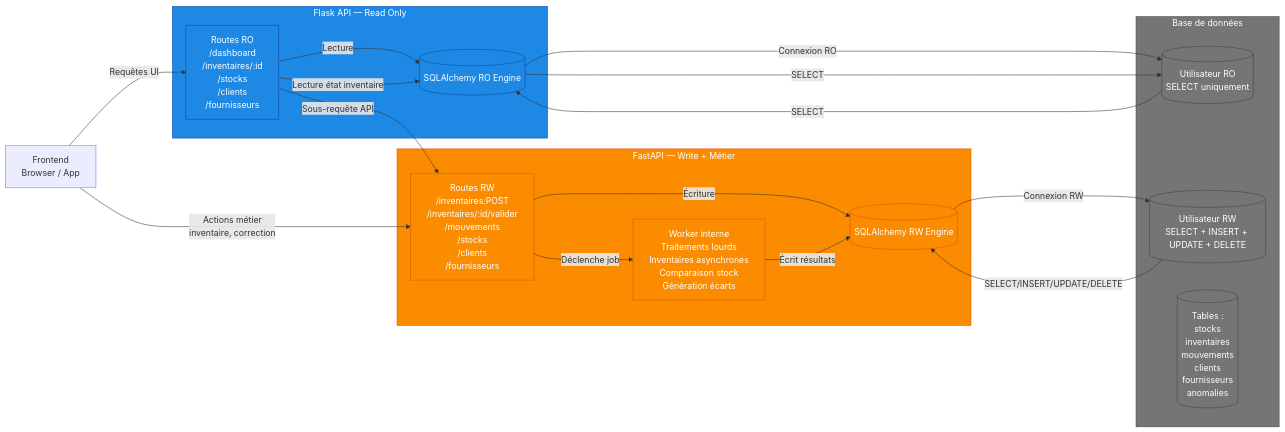
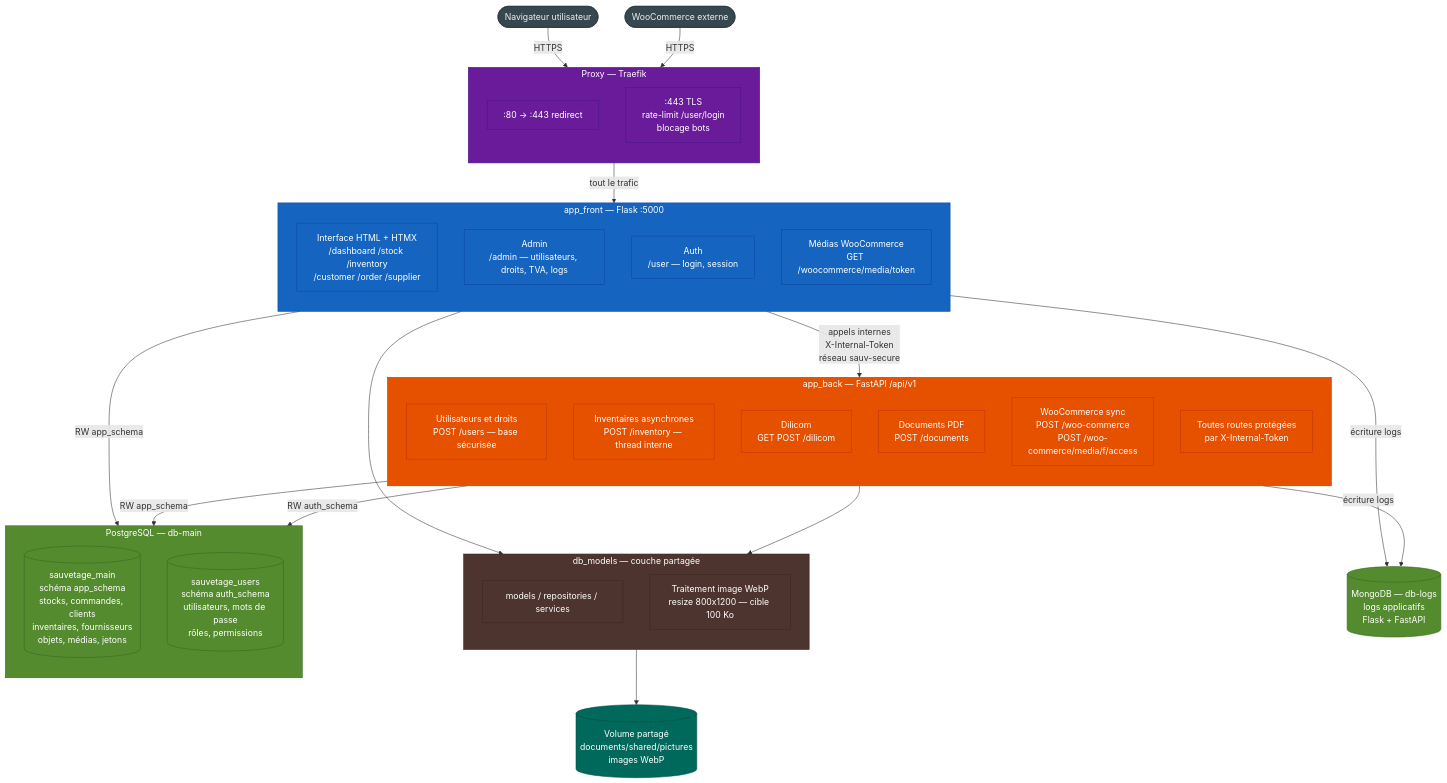
One commit to remiv1/sauvetage changed the first of 2 diagrams in README.md. Above: the diagram before and after it, drawn with Mermaid. The commit also changed other lines of this file and 19 other files, not shown here.

First line of the commit message:
feat: Implement stock management repository and sync log repository

````diff
--- a/README.md
+++ b/README.md
@@ -28,55 +10,81 @@
 ```mermaid
-flowchart LR
+flowchart TB
 
-  %% --- Clients / UI ---
-  A[Frontend<br/>Browser / App]
+  Browser([Navigateur utilisateur])
+  WooCommerce([WooCommerce externe])
 
-  %% --- Flask (Read Only) ---
-  subgraph B[Flask API — Read Only]
-    B1[Routes RO<br/>/dashboard<br/>/inventaires/:id<br/>/stocks<br/>/clients<br/>/fournisseurs]
-    B2[(SQLAlchemy RO Engine)]
+  subgraph PROXY[Proxy — Traefik]
+    direction TB
+    P1[":80 → :443 redirect"]
+    P2[":443 TLS<br/>rate-limit /user/login<br/>blocage bots"]
   end
 
-  %% --- FastAPI (Read/Write + Métier) ---
-  subgraph C[FastAPI — Write + Métier]
-    C1[Routes RW<br/>/inventaires:POST<br/>/inventaires/:id/valider<br/>/mouvements<br/>/stocks<br/>/clients<br/>/fournisseurs]
-    C2[Worker interne<br/>Traitements lourds<br/>Inventaires asynchrones<br/>Comparaison stock<br/>Génération écarts]
-    C3[(SQLAlchemy RW Engine)]
+  subgraph FRONT[app_front — Flask :5000]
+    direction TB
+    F1[Interface HTML + HTMX<br/>/dashboard /stock /inventory<br/>/customer /order /supplier]
+    F2[Admin<br/>/admin — utilisateurs, droits, TVA, logs]
+    F3[Auth<br/>/user — login, session]
+    F4[Médias WooCommerce<br/>GET /woocommerce/media/token]
   end
 
-  %% --- Base de données ---
-  subgraph D[Base de données]
-    D1[(Utilisateur RO<br/>SELECT uniquement)]
-    D2[(Utilisateur RW<br/>SELECT + INSERT + UPDATE + DELETE)]
-    D3[(Tables :<br/>stocks<br/>inventaires<br/>mouvements<br/>clients<br/>fournisseurs<br/>anomalies)]
+  subgraph BACK[app_back — FastAPI /api/v1]
+    direction TB
+    B1[Utilisateurs et droits<br/>POST /users — base sécurisée]
+    B2[Inventaires asynchrones<br/>POST /inventory — thread interne]
+    B3[Dilicom<br/>GET POST /dilicom]
+    B4[Documents PDF<br/>POST /documents]
+    B5[WooCommerce sync<br/>POST /woo-commerce<br/>POST /woo-commerce/media/f/access]
+    B_auth[Toutes routes protégées<br/>par X-Internal-Token]
   end
 
-  %% --- Flux ---
-  A -->|Requêtes UI| B1
-  B1 -->|Lecture| B2
-  B2 -->|Connexion RO| D1
-  D1 -->|SELECT| B2
-  
-  B1 -->|Sous-requête API| C1
+  subgraph SHARED[db_models — couche partagée]
+    direction TB
+    S1[models / repositories / services]
+    S2[Traitement image WebP<br/>resize 800x1200 — cible 100 Ko]
+  end
 
-  A -->|Actions métier<br/>inventaire, correction| C1
-  C1 -->|Écriture| C3
-  C3 -->|Connexion RW| D2
-  D2 -->|SELECT/INSERT/UPDATE/DELETE| C3
+  subgraph PG[PostgreSQL — db-main]
+    direction TB
+    PG1[(sauvetage_main<br/>schéma app_schema<br/>stocks, commandes, clients<br/>inventaires, fournisseurs<br/>objets, médias, jetons)]
+    PG2[(sauvetage_users<br/>schéma auth_schema<br/>utilisateurs, mots de passe<br/>rôles, permissions)]
+  end
 
-  C1 -->|Déclenche job| C2
-  C2 -->|Écrit résultats| C3
+  MONGO[(MongoDB — db-logs<br/>logs applicatifs<br/>Flask + FastAPI)]
 
-  B1 -->|Lecture état inventaire| B2
-  B2 -->|SELECT| D1
+  VOL[(Volume partagé<br/>documents/shared/pictures<br/>images WebP)]
 
-  %% --- Styles ---
-  classDef read fill:#1e88e5,stroke:#0d47a1,color:#ffffff;
-  classDef write fill:#fb8c00,stroke:#e65100,color:#ffffff;
-  classDef db fill:#757575,stroke:#424242,color:#ffffff;
+  Browser -->|HTTPS| PROXY
+  WooCommerce -->|HTTPS| PROXY
+  PROXY -->|tout le trafic| FRONT
 
-  class B,B1,B2 read;
-  class C,C1,C2,C3 write;
-  class D,D1,D2,D3 db;
+  FRONT -->|appels internes<br/>X-Internal-Token<br/>réseau sauv-secure| BACK
+
+  FRONT --> SHARED
+  BACK --> SHARED
+  SHARED --> VOL
+
+  FRONT -->|RW app_schema| PG1
+  FRONT -->|écriture logs| MONGO
+
+  BACK -->|RW app_schema| PG1
+  BACK -->|RW auth_schema| PG2
+  BACK -->|écriture logs| MONGO
+
+  classDef ext fill:#37474f,stroke:#263238,color:#eceff1;
+  classDef proxy fill:#6a1b9a,stroke:#4a148c,color:#ffffff;
+  classDef front fill:#1565c0,stroke:#0d47a1,color:#ffffff;
+  classDef back fill:#e65100,stroke:#bf360c,color:#ffffff;
+  classDef shared fill:#4e342e,stroke:#3e2723,color:#ffffff;
+  classDef db fill:#558b2f,stroke:#33691e,color:#ffffff;
+  classDef vol fill:#00695c,stroke:#004d40,color:#ffffff;
+
+  class Browser,WooCommerce ext;
+  class PROXY,P1,P2 proxy;
+  class FRONT,F1,F2,F3,F4 front;
+  class BACK,B1,B2,B3,B4,B5,B_auth back;
+  class SHARED,S1,S2 shared;
+  class PG,PG1,PG2 db;
+  class MONGO db;
+  class VOL vol;
 
 ```
````
